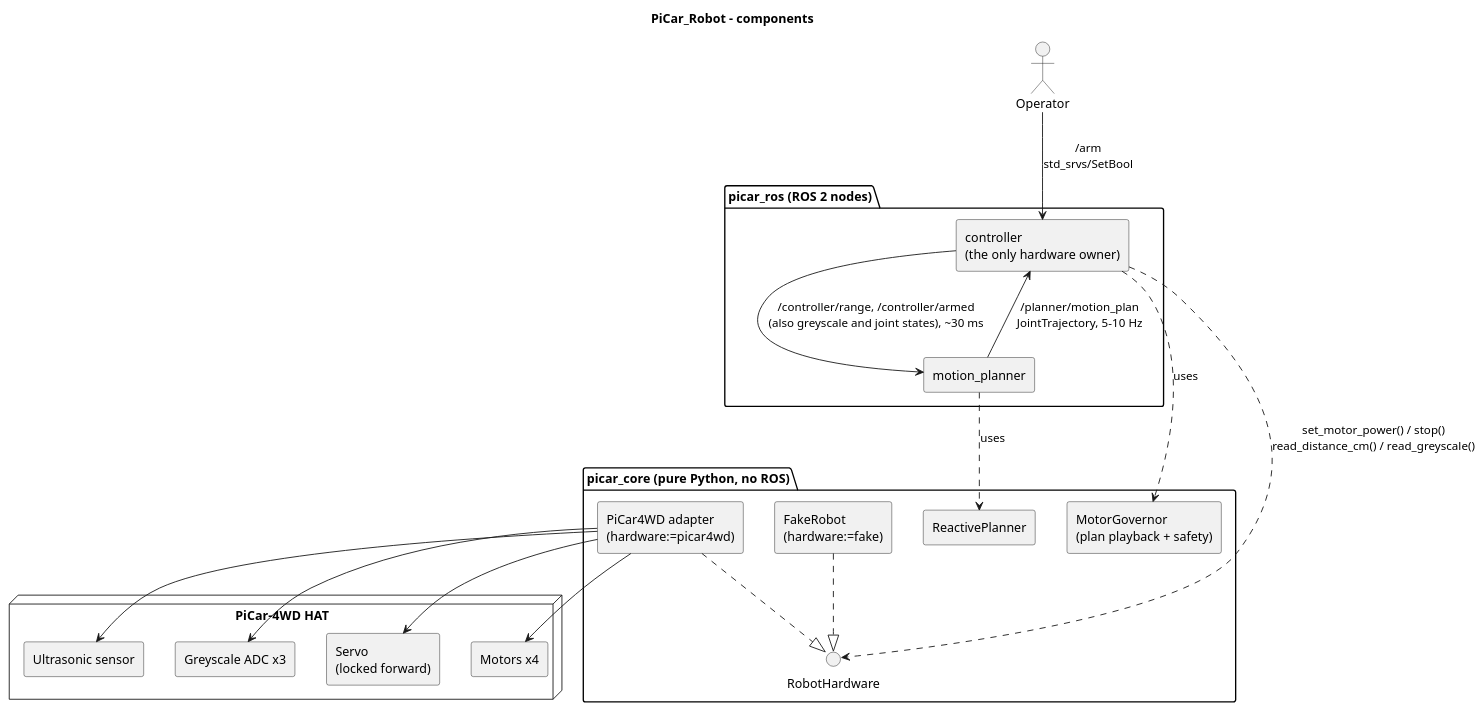
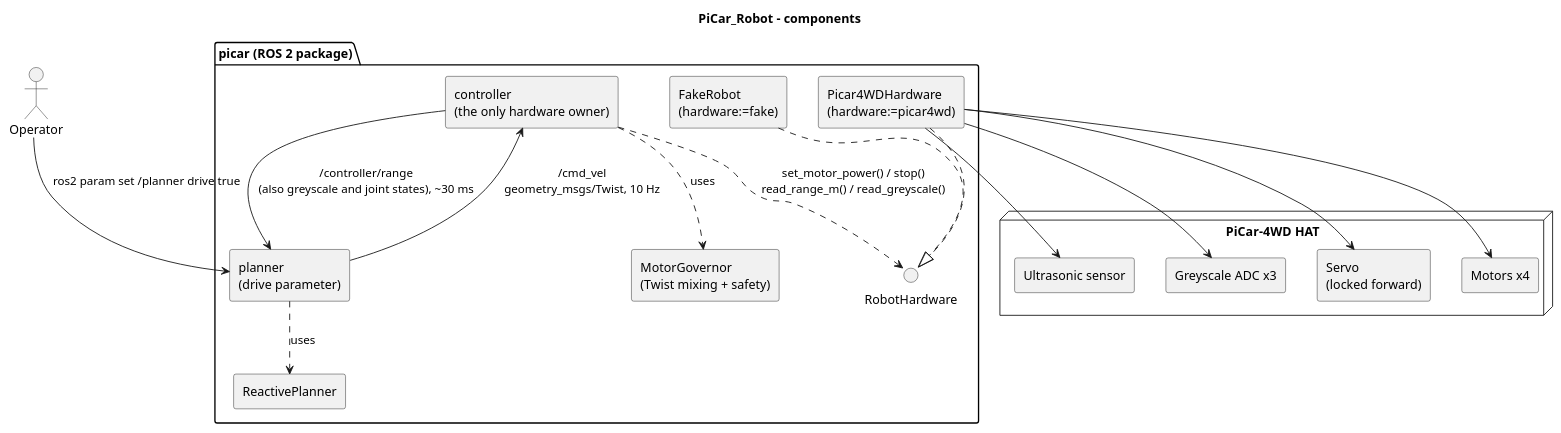
Before and after one commit to ram3917/PiCar_Robot: the diagram in docs/architecture.puml, drawn with PlantUML. The commit also changed 81 other files, not shown here.

```diff
--- a/docs/architecture.puml
+++ b/docs/architecture.puml
@@ -1,44 +1,41 @@
 @startuml architecture
 title PiCar_Robot - components
 
 skinparam componentStyle rectangle
 
 actor Operator
 
-package "picar_ros (ROS 2 nodes)" {
+package "picar (ROS 2 package)" {
   component "controller\n(the only hardware owner)" as controller
-  component "motion_planner" as planner
-}
-
-package "picar_core (pure Python, no ROS)" {
-  component "MotorGovernor\n(plan playback + safety)" as governor
+  component "planner\n(drive parameter)" as planner
+  component "MotorGovernor\n(Twist mixing + safety)" as governor
   component "ReactivePlanner" as reactive
   interface "RobotHardware" as hw
   component "FakeRobot\n(hardware:=fake)" as fake
-  component "PiCar4WD adapter\n(hardware:=picar4wd)" as adapter
+  component "Picar4WDHardware\n(hardware:=picar4wd)" as adapter
 }
 
 node "PiCar-4WD HAT" as hat {
   component "Ultrasonic sensor" as sonar
   component "Greyscale ADC x3" as grey
   component "Servo\n(locked forward)" as servo
   component "Motors x4" as motors
 }
 
-controller --> planner : /controller/range, /controller/armed\n(also greyscale and joint states), ~30 ms
-planner --> controller : /planner/motion_plan\nJointTrajectory, 5-10 Hz
-Operator --> controller : /arm\nstd_srvs/SetBool
+controller --> planner : /controller/range\n(also greyscale and joint states), ~30 ms
+planner --> controller : /cmd_vel\ngeometry_msgs/Twist, 10 Hz
+Operator --> planner : ros2 param set /planner drive true
 
 controller ..> governor : uses
 planner ..> reactive : uses
-controller ..> hw : set_motor_power() / stop()\nread_distance_cm() / read_greyscale()
+controller ..> hw : set_motor_power() / stop()\nread_range_m() / read_greyscale()
 
 fake ..|> hw
 adapter ..|> hw
 
 adapter --> sonar
 adapter --> grey
 adapter --> servo
 adapter --> motors
 
 @enduml
```
